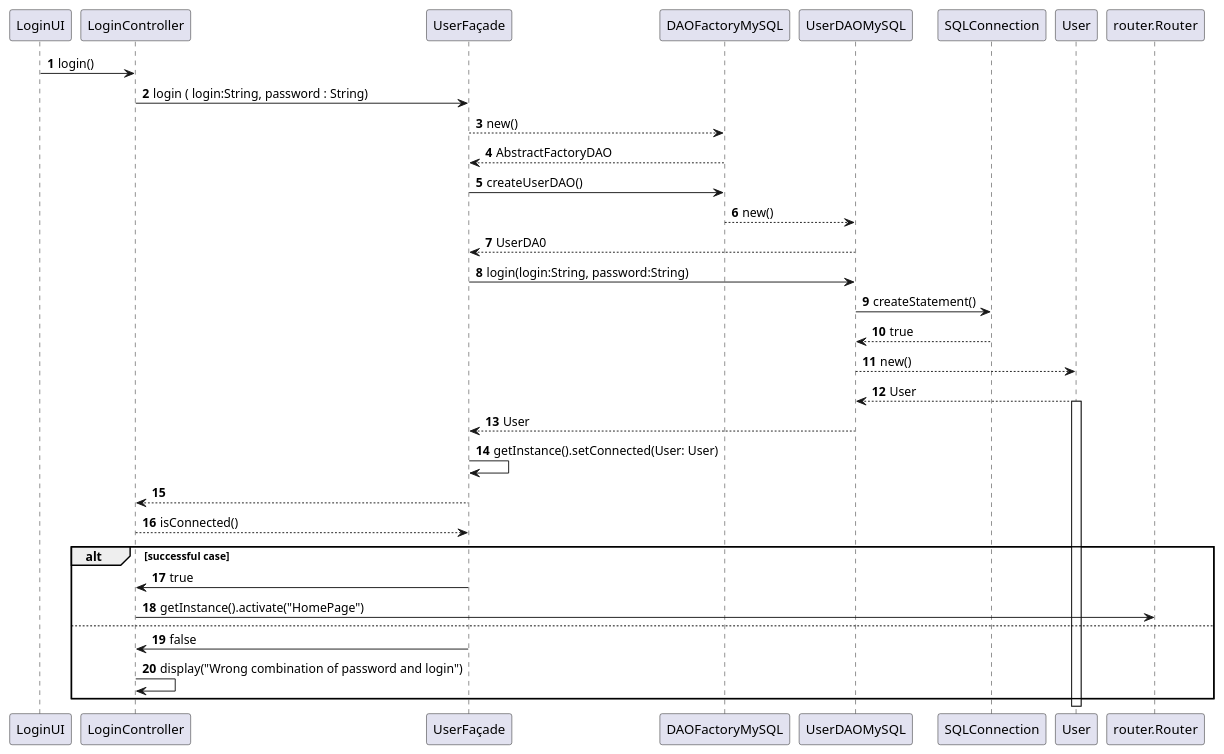
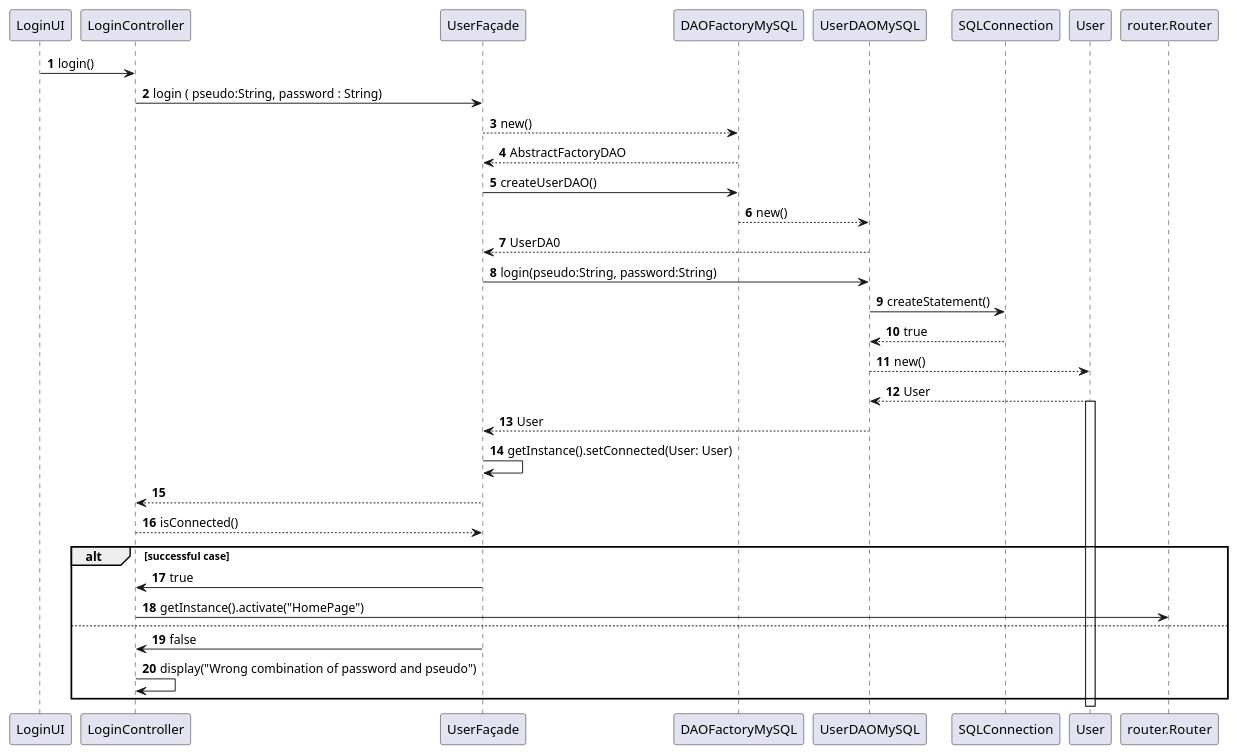
Before and after one commit to aymericCOUPRIE/Mercat: the diagram in Diagramms/LoginSequenceDiagram.puml, drawn with PlantUML. The commit also changed 2 other files, not shown here.

```diff
--- a/Diagramms/LoginSequenceDiagram.puml
+++ b/Diagramms/LoginSequenceDiagram.puml
@@ -1,29 +1,29 @@
 @startuml
 autonumber
 LoginUI -> LoginController : login()
-LoginController -> UserFaçade : login ( login:String, password : String)
+LoginController -> UserFaçade : login ( pseudo:String, password : String)
 UserFaçade --> DAOFactoryMySQL : new()
 DAOFactoryMySQL --> UserFaçade : AbstractFactoryDAO
 UserFaçade ->DAOFactoryMySQL : createUserDAO()
 DAOFactoryMySQL --> UserDAOMySQL : new()
 UserDAOMySQL -->UserFaçade : UserDA0
-UserFaçade -> UserDAOMySQL : login(login:String, password:String)
+UserFaçade -> UserDAOMySQL : login(pseudo:String, password:String)
 UserDAOMySQL -> SQLConnection : createStatement()
 SQLConnection --> UserDAOMySQL : true
 UserDAOMySQL --> User : new()
 User --> UserDAOMySQL : User
 activate User
 UserDAOMySQL --> UserFaçade : User
 UserFaçade->UserFaçade : getInstance().setConnected(User: User)
 UserFaçade --> LoginController
 LoginController --> UserFaçade : isConnected()
 alt successful case
     UserFaçade -> LoginController : true
     LoginController -> router.Router : getInstance().activate("HomePage")
 else
     UserFaçade -> LoginController : false
-    LoginController -> LoginController : display("Wrong combination of password and login")
+    LoginController -> LoginController : display("Wrong combination of password and pseudo")
 end
 
 
 @enduml
```
